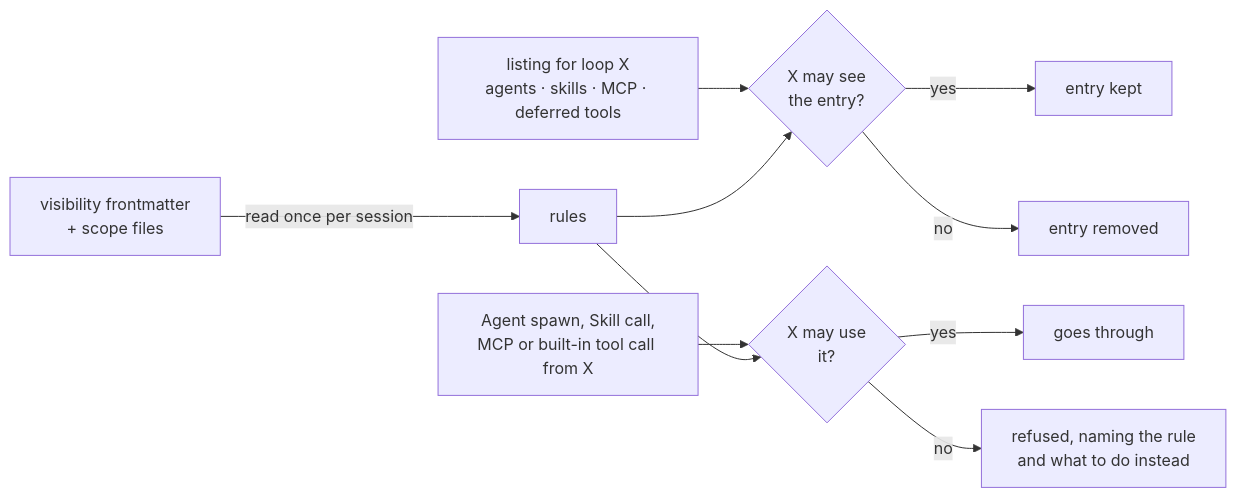
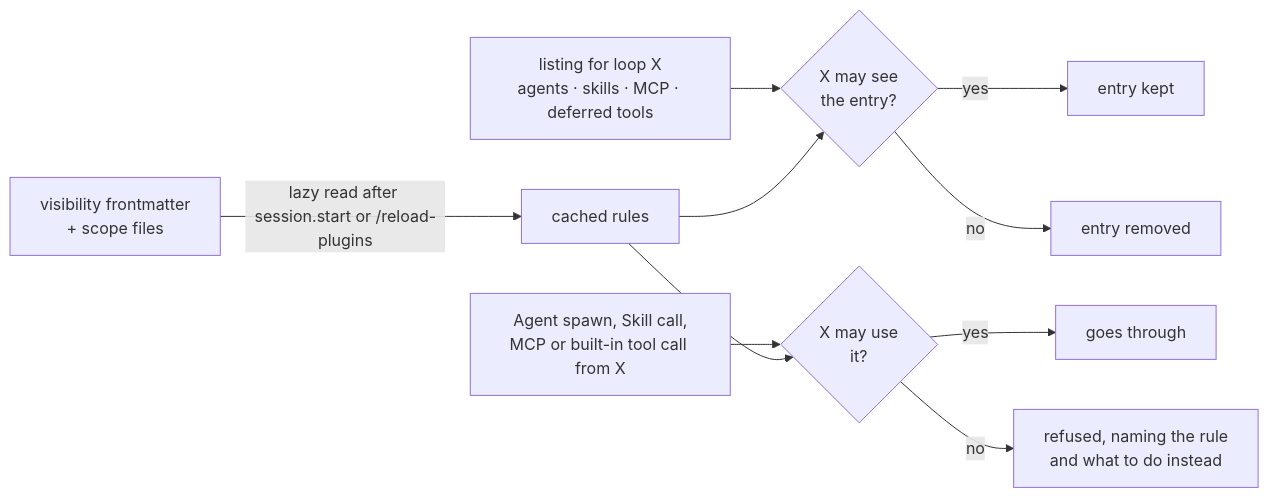
One commit to rezzminator/tool-visibility-controller changed the diagram in README.md. Above: the diagram before and after it, drawn with Mermaid. The commit also changed other lines of this file and 8 other files, not shown here.

Commit message:
fix: refresh visibility policy after plugin reload

````diff
--- a/README.md
+++ b/README.md
@@ -156,12 +156,12 @@
 ```mermaid
 flowchart LR
-  D["visibility frontmatter<br/>+ scope files"] -->|read once per session| P["rules"]
+  D["visibility frontmatter<br/>+ scope files"] -->|lazy read after session.start or /reload-plugins| P["cached rules"]
   L["listing for loop X<br/>agents · skills · MCP · deferred tools"] --> F{"X may see<br/>the entry?"}
   P --> F
   F -->|yes| K["entry kept"]
   F -->|no| H["entry removed"]
   C["Agent spawn, Skill call,<br/>MCP or built-in tool call from X"] --> G{"X may use<br/>it?"}
   P --> G
   G -->|yes| R["goes through"]
   G -->|no| N["refused, naming the rule<br/>and what to do instead"]
 ```
````
